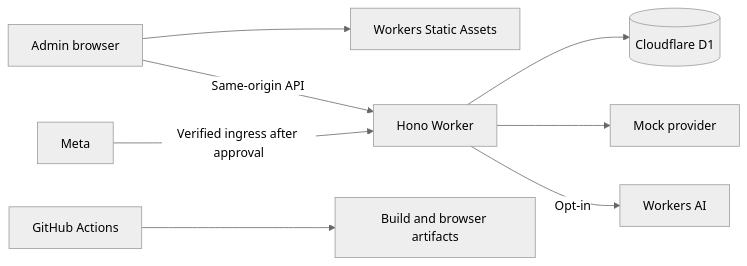
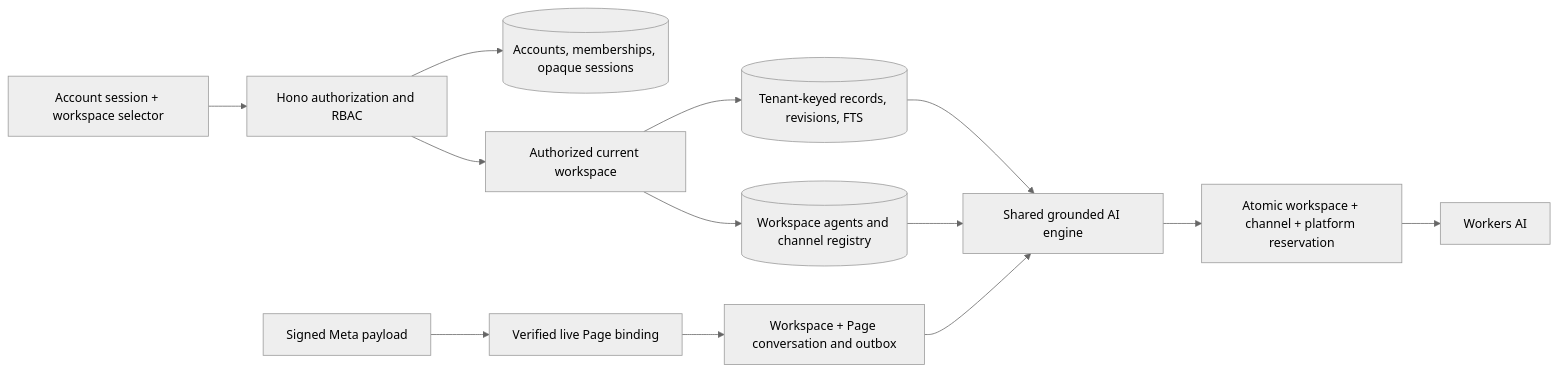
Before and after one commit to haonguyen97ftu/nepmui-ai-studio: the diagram in docs/ARCHITECTURE.md, drawn with Mermaid (neutral theme). The commit also changed other lines of this file and 27 other files, not shown here.

Commit message:
Add authorized workspaces, account roles, verified Page routing and shared AI quotas

````diff
--- a/docs/ARCHITECTURE.md
+++ b/docs/ARCHITECTURE.md
@@ -3,10 +5,15 @@
 ```mermaid
 flowchart LR
-    Admin[Admin browser] --> Assets[Workers Static Assets]
-    Admin -->|Same-origin API| API[Hono Worker]
-    Meta -->|Verified ingress after approval| API
-    API --> DB[(Cloudflare D1)]
-    API --> Mock[Mock provider]
-    API -->|Opt-in| AI[Workers AI]
-    GitHub[GitHub Actions] --> Build[Build and browser artifacts]
+  Browser[Account session + workspace selector] --> API[Hono authorization and RBAC]
+  API --> Accounts[(Accounts, memberships, opaque sessions)]
+  API --> Workspace[Authorized current workspace]
+  Workspace --> Store[(Tenant-keyed records, revisions, FTS)]
+  Workspace --> Registry[(Workspace agents and channel registry)]
+  Meta[Signed Meta payload] --> Routing[Verified live Page binding]
+  Routing --> Inbox[Workspace + Page conversation and outbox]
+  Inbox --> Engine[Shared grounded AI engine]
+  Registry --> Engine
+  Store --> Engine
+  Engine --> Quota[Atomic workspace + channel + platform reservation]
+  Quota --> AI[Workers AI]
 ```
````
